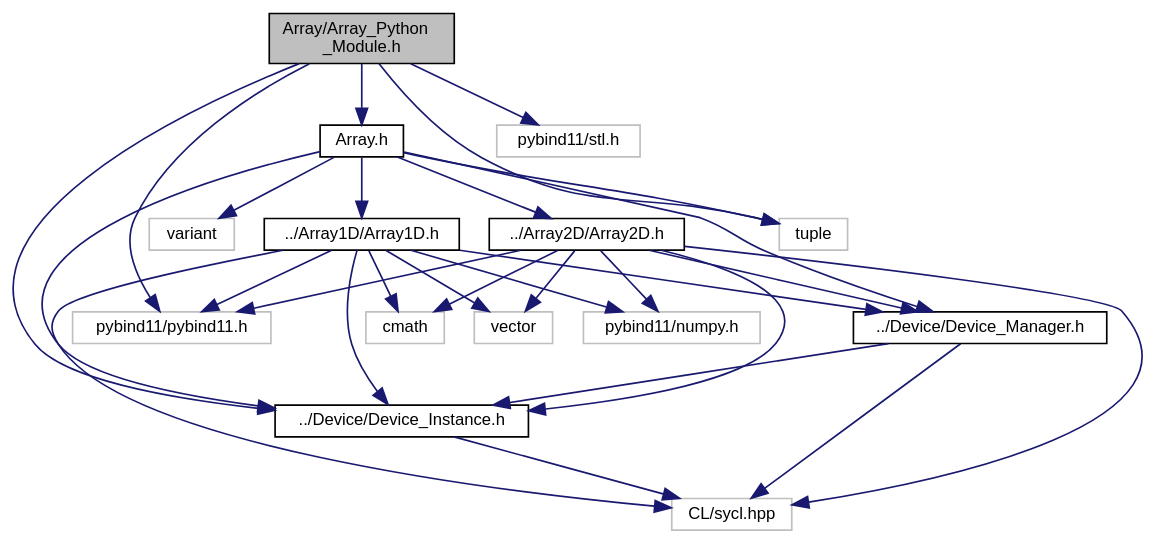
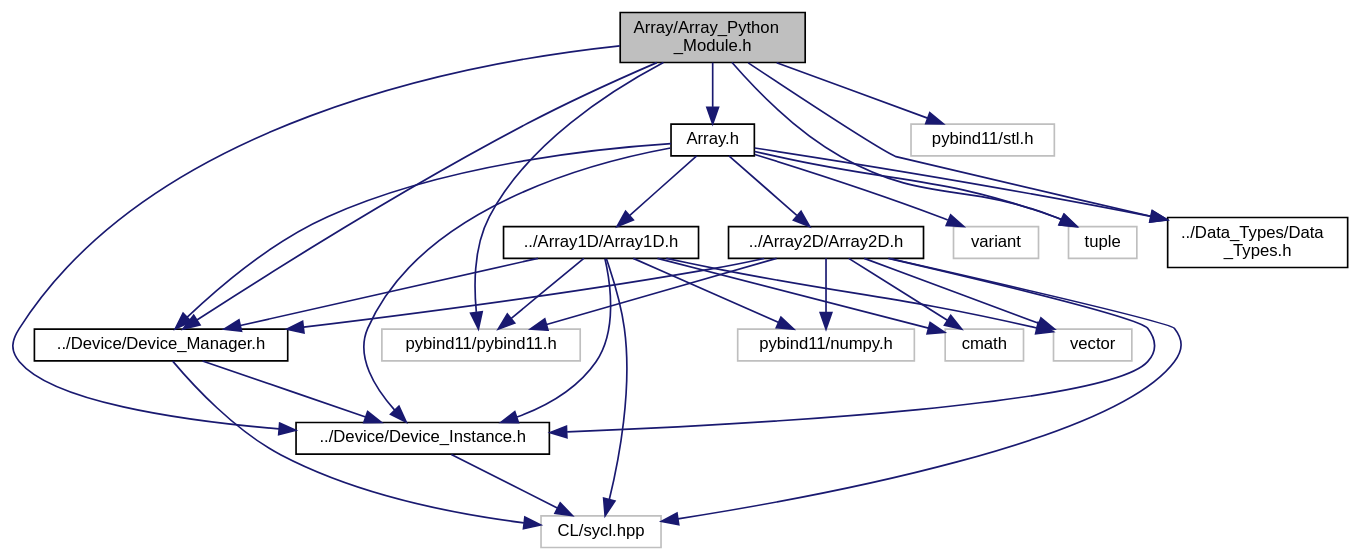
Before and after one commit to OsmanAEG/PySYCL: the diagram in docs/PySYCL_doxygen_html/_array___python___module_8h__incl.dot, drawn with Graphviz. The commit also changed 350 other files, not shown here.

```diff
--- a/docs/PySYCL_doxygen_html/_array___python___module_8h__incl.dot
+++ b/docs/PySYCL_doxygen_html/_array___python___module_8h__incl.dot
@@ -1,50 +1,54 @@
 digraph "Array/Array_Python_Module.h"
 {
  // INTERACTIVE_SVG=YES
  // LATEX_PDF_SIZE
   bgcolor="transparent";
   edge [fontname="Helvetica",fontsize="10",labelfontname="Helvetica",labelfontsize="10"];
   node [fontname="Helvetica",fontsize="10",shape=record];
   Node1 [label="Array/Array_Python\l_Module.h",height=0.2,width=0.4,color="black", fillcolor="grey75", style="filled", fontcolor="black",tooltip="Python module for an array object in PySYCL."];
   Node1 -> Node2 [color="midnightblue",fontsize="10",style="solid",fontname="Helvetica"];
   Node2 [label="pybind11/pybind11.h",height=0.2,width=0.4,color="grey75",tooltip=" "];
   Node1 -> Node3 [color="midnightblue",fontsize="10",style="solid",fontname="Helvetica"];
   Node3 [label="pybind11/stl.h",height=0.2,width=0.4,color="grey75",tooltip=" "];
   Node1 -> Node4 [color="midnightblue",fontsize="10",style="solid",fontname="Helvetica"];
   Node4 [label="tuple",height=0.2,width=0.4,color="grey75",tooltip=" "];
   Node1 -> Node5 [color="midnightblue",fontsize="10",style="solid",fontname="Helvetica"];
   Node5 [label="../Device/Device_Instance.h",height=0.2,width=0.4,color="black",URL="$_device___instance_8h.html",tooltip="Device instance for device selection in PySYCL."];
   Node5 -> Node6 [color="midnightblue",fontsize="10",style="solid",fontname="Helvetica"];
   Node6 [label="CL/sycl.hpp",height=0.2,width=0.4,color="grey75",tooltip=" "];
   Node1 -> Node7 [color="midnightblue",fontsize="10",style="solid",fontname="Helvetica"];
-  Node7 [label="Array.h",height=0.2,width=0.4,color="black",URL="$_array_8h.html",tooltip="Array in PySYCL."];
-  Node7 -> Node4 [color="midnightblue",fontsize="10",style="solid",fontname="Helvetica"];
-  Node7 -> Node8 [color="midnightblue",fontsize="10",style="solid",fontname="Helvetica"];
-  Node8 [label="variant",height=0.2,width=0.4,color="grey75",tooltip=" "];
-  Node7 -> Node9 [color="midnightblue",fontsize="10",style="solid",fontname="Helvetica"];
-  Node9 [label="../Array1D/Array1D.h",height=0.2,width=0.4,color="black",URL="$_array1_d_8h.html",tooltip="Array1D in PySYCL."];
-  Node9 -> Node6 [color="midnightblue",fontsize="10",style="solid",fontname="Helvetica"];
+  Node7 [label="../Device/Device_Manager.h",height=0.2,width=0.4,color="black",URL="$_device___manager_8h.html",tooltip="Device instance for device selection in PySYCL."];
+  Node7 -> Node6 [color="midnightblue",fontsize="10",style="solid",fontname="Helvetica"];
+  Node7 -> Node5 [color="midnightblue",fontsize="10",style="solid",fontname="Helvetica"];
+  Node1 -> Node8 [color="midnightblue",fontsize="10",style="solid",fontname="Helvetica"];
+  Node8 [label="../Data_Types/Data\l_Types.h",height=0.2,width=0.4,color="black",URL="$_data___types_8h.html",tooltip="Data types in PySYCL."];
+  Node1 -> Node9 [color="midnightblue",fontsize="10",style="solid",fontname="Helvetica"];
+  Node9 [label="Array.h",height=0.2,width=0.4,color="black",URL="$_array_8h.html",tooltip="Array in PySYCL."];
+  Node9 -> Node4 [color="midnightblue",fontsize="10",style="solid",fontname="Helvetica"];
   Node9 -> Node10 [color="midnightblue",fontsize="10",style="solid",fontname="Helvetica"];
-  Node10 [label="pybind11/numpy.h",height=0.2,width=0.4,color="grey75",tooltip=" "];
-  Node9 -> Node2 [color="midnightblue",fontsize="10",style="solid",fontname="Helvetica"];
+  Node10 [label="variant",height=0.2,width=0.4,color="grey75",tooltip=" "];
   Node9 -> Node11 [color="midnightblue",fontsize="10",style="solid",fontname="Helvetica"];
-  Node11 [label="cmath",height=0.2,width=0.4,color="grey75",tooltip=" "];
-  Node9 -> Node12 [color="midnightblue",fontsize="10",style="solid",fontname="Helvetica"];
-  Node12 [label="vector",height=0.2,width=0.4,color="grey75",tooltip=" "];
+  Node11 [label="../Array1D/Array1D.h",height=0.2,width=0.4,color="black",URL="$_array1_d_8h.html",tooltip="Array1D in PySYCL."];
+  Node11 -> Node6 [color="midnightblue",fontsize="10",style="solid",fontname="Helvetica"];
+  Node11 -> Node12 [color="midnightblue",fontsize="10",style="solid",fontname="Helvetica"];
+  Node12 [label="pybind11/numpy.h",height=0.2,width=0.4,color="grey75",tooltip=" "];
+  Node11 -> Node2 [color="midnightblue",fontsize="10",style="solid",fontname="Helvetica"];
+  Node11 -> Node13 [color="midnightblue",fontsize="10",style="solid",fontname="Helvetica"];
+  Node13 [label="cmath",height=0.2,width=0.4,color="grey75",tooltip=" "];
+  Node11 -> Node14 [color="midnightblue",fontsize="10",style="solid",fontname="Helvetica"];
+  Node14 [label="vector",height=0.2,width=0.4,color="grey75",tooltip=" "];
+  Node11 -> Node5 [color="midnightblue",fontsize="10",style="solid",fontname="Helvetica"];
+  Node11 -> Node7 [color="midnightblue",fontsize="10",style="solid",fontname="Helvetica"];
+  Node9 -> Node15 [color="midnightblue",fontsize="10",style="solid",fontname="Helvetica"];
+  Node15 [label="../Array2D/Array2D.h",height=0.2,width=0.4,color="black",URL="$_array2_d_8h.html",tooltip="Array2D in PySYCL."];
+  Node15 -> Node6 [color="midnightblue",fontsize="10",style="solid",fontname="Helvetica"];
+  Node15 -> Node12 [color="midnightblue",fontsize="10",style="solid",fontname="Helvetica"];
+  Node15 -> Node2 [color="midnightblue",fontsize="10",style="solid",fontname="Helvetica"];
+  Node15 -> Node13 [color="midnightblue",fontsize="10",style="solid",fontname="Helvetica"];
+  Node15 -> Node14 [color="midnightblue",fontsize="10",style="solid",fontname="Helvetica"];
+  Node15 -> Node5 [color="midnightblue",fontsize="10",style="solid",fontname="Helvetica"];
+  Node15 -> Node7 [color="midnightblue",fontsize="10",style="solid",fontname="Helvetica"];
+  Node9 -> Node8 [color="midnightblue",fontsize="10",style="solid",fontname="Helvetica"];
   Node9 -> Node5 [color="midnightblue",fontsize="10",style="solid",fontname="Helvetica"];
-  Node9 -> Node13 [color="midnightblue",fontsize="10",style="solid",fontname="Helvetica"];
-  Node13 [label="../Device/Device_Manager.h",height=0.2,width=0.4,color="black",URL="$_device___manager_8h.html",tooltip="Device instance for device selection in PySYCL."];
-  Node13 -> Node6 [color="midnightblue",fontsize="10",style="solid",fontname="Helvetica"];
-  Node13 -> Node5 [color="midnightblue",fontsize="10",style="solid",fontname="Helvetica"];
-  Node7 -> Node14 [color="midnightblue",fontsize="10",style="solid",fontname="Helvetica"];
-  Node14 [label="../Array2D/Array2D.h",height=0.2,width=0.4,color="black",URL="$_array2_d_8h.html",tooltip="Array2D in PySYCL."];
-  Node14 -> Node6 [color="midnightblue",fontsize="10",style="solid",fontname="Helvetica"];
-  Node14 -> Node10 [color="midnightblue",fontsize="10",style="solid",fontname="Helvetica"];
-  Node14 -> Node2 [color="midnightblue",fontsize="10",style="solid",fontname="Helvetica"];
-  Node14 -> Node11 [color="midnightblue",fontsize="10",style="solid",fontname="Helvetica"];
-  Node14 -> Node12 [color="midnightblue",fontsize="10",style="solid",fontname="Helvetica"];
-  Node14 -> Node5 [color="midnightblue",fontsize="10",style="solid",fontname="Helvetica"];
-  Node14 -> Node13 [color="midnightblue",fontsize="10",style="solid",fontname="Helvetica"];
-  Node7 -> Node5 [color="midnightblue",fontsize="10",style="solid",fontname="Helvetica"];
-  Node7 -> Node13 [color="midnightblue",fontsize="10",style="solid",fontname="Helvetica"];
+  Node9 -> Node7 [color="midnightblue",fontsize="10",style="solid",fontname="Helvetica"];
 }
```
